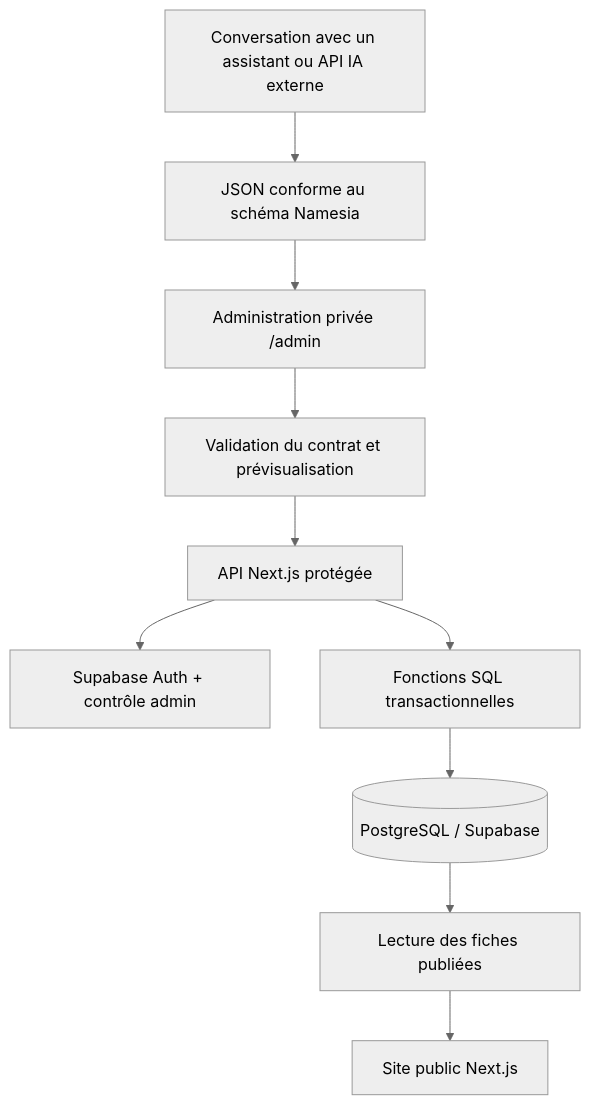
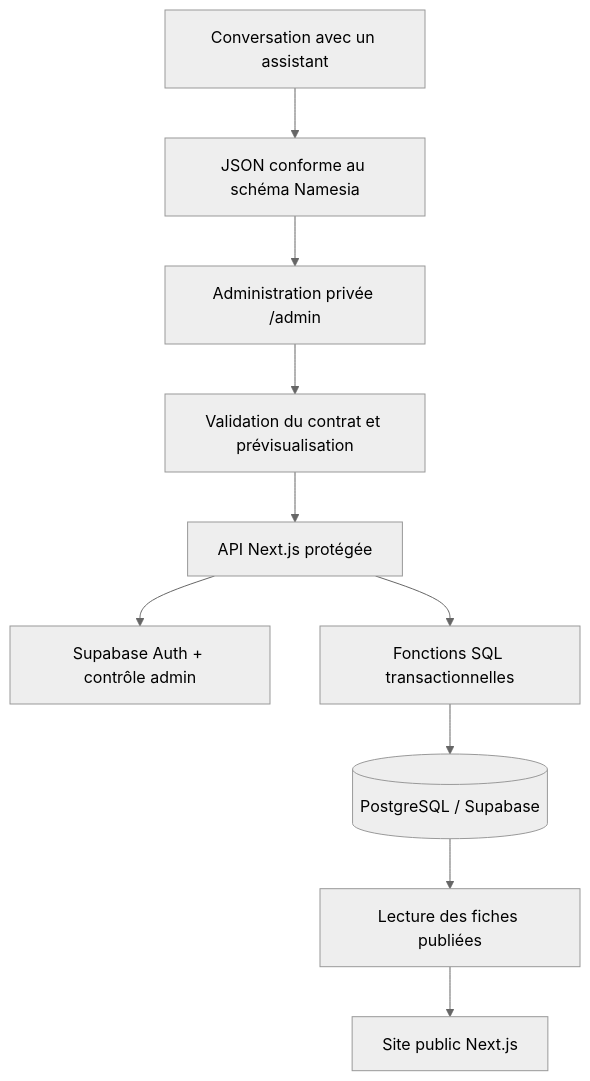
The diagram in docs/architecture.md (Nabouna32/Namesia), drawn with Mermaid (neutral theme) before and after one commit. The commit also changed other lines of this file, not shown here.

````diff
--- a/docs/architecture.md
+++ b/docs/architecture.md
@@ -19,12 +19,12 @@
 ```mermaid
 flowchart TD
-  A["Conversation avec un assistant ou API IA externe"] --> B["JSON conforme au schéma Namesia"]
+  A["Conversation avec un assistant"] --> B["JSON conforme au schéma Namesia"]
   B --> C["Administration privée /admin"]
   C --> D["Validation du contrat et prévisualisation"]
   D --> E["API Next.js protégée"]
   E --> F["Supabase Auth + contrôle admin"]
   E --> G["Fonctions SQL transactionnelles"]
   G --> H[("PostgreSQL / Supabase")]
   H --> I["Lecture des fiches publiées"]
   I --> J["Site public Next.js"]
 ```
````
